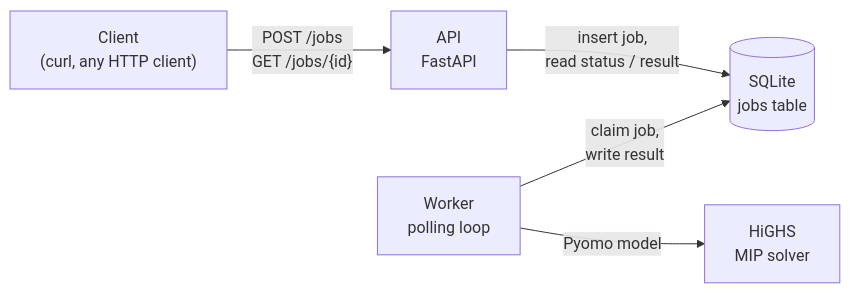
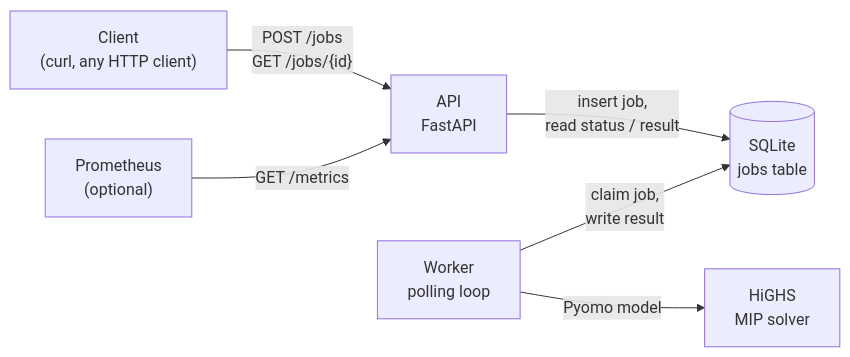
One commit to dogutez/gate-assignment-optimizer changed the first of 2 diagrams in README.md. Above: the diagram before and after it, drawn with Mermaid. The commit also changed other lines of this file and 7 other files, not shown here.

Commit message:
Add /metrics endpoint and optional Prometheus monitoring with alert rules

````diff
--- a/README.md
+++ b/README.md
@@ -80,7 +80,8 @@
 ```mermaid
 flowchart LR
     C["Client<br/>(curl, any HTTP client)"] -- "POST /jobs<br/>GET /jobs/{id}" --> A["API<br/>FastAPI"]
     A -- "insert job,<br/>read status / result" --> D[("SQLite<br/>jobs table")]
     W["Worker<br/>polling loop"] -- "claim job,<br/>write result" --> D
     W -- "Pyomo model" --> H["HiGHS<br/>MIP solver"]
+    P["Prometheus<br/>(optional)"] -- "GET /metrics" --> A
 ```
````
